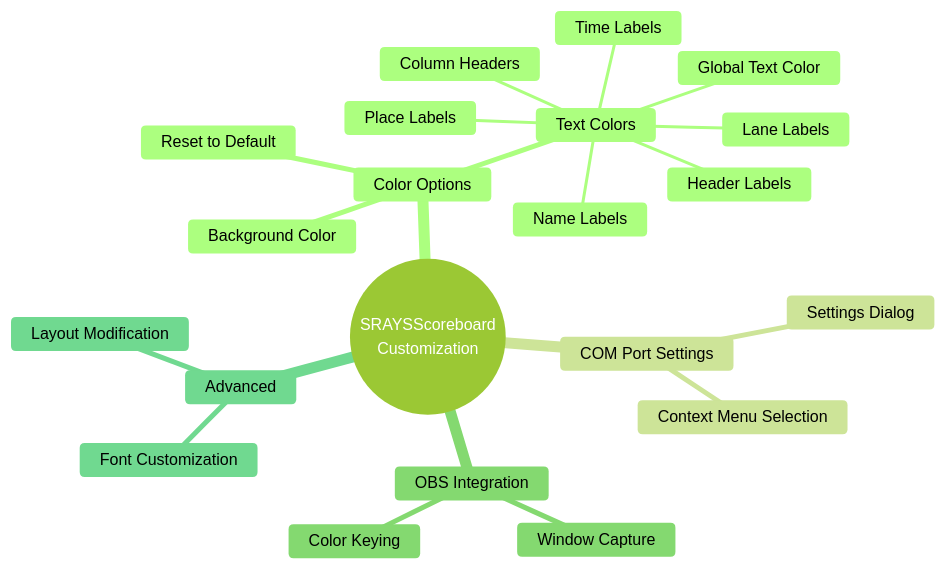
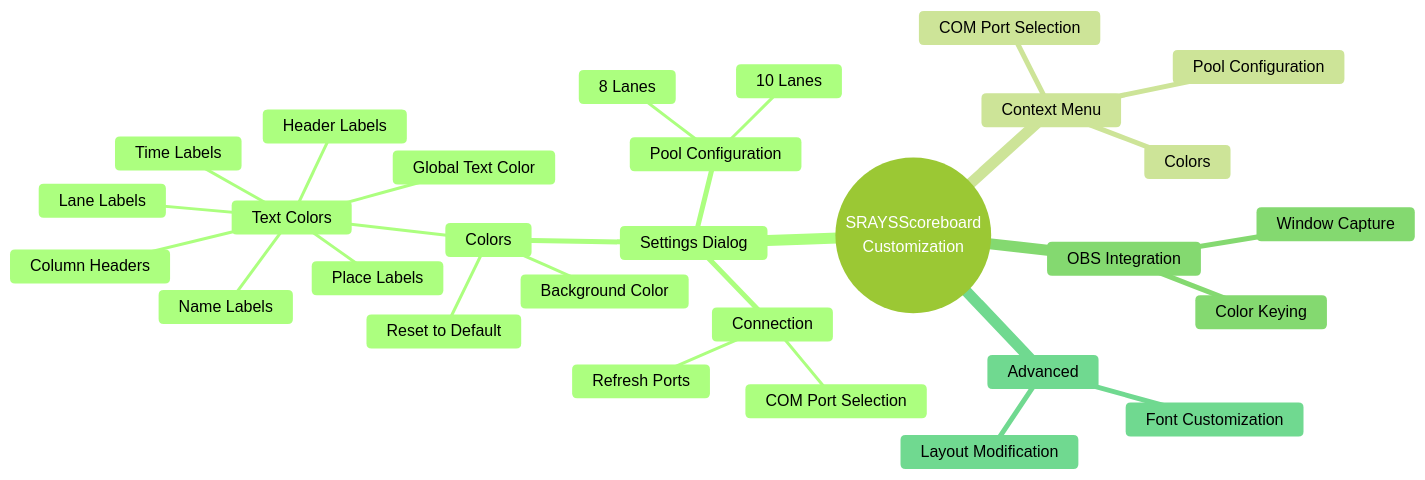
Before and after one commit to fvishram/SRAYSScoreboard: the first of 2 diagrams in docs/CUSTOMIZATION.md, drawn with Mermaid (forest theme). The commit also changed other lines of this file and 4 other files, not shown here.

Commit message:
Update documentation to reflect externalized settings UI and add detailed DB9 connector pin layout diagrams

````diff
--- a/docs/CUSTOMIZATION.md
+++ b/docs/CUSTOMIZATION.md
@@ -5,24 +5,32 @@
 ```mermaid
 mindmap
   root((SRAYSScoreboard<br>Customization))
-    Color Options
-      Background Color
-      Text Colors
-        Global Text Color
-        Header Labels
-        Column Headers
-        Name Labels
-        Time Labels
-        Place Labels
-        Lane Labels
-      Reset to Default
-    COM Port Settings
-      Context Menu Selection
-      Settings Dialog
+    Settings Dialog
+      Connection
+        COM Port Selection
+        Refresh Ports
+      Colors
+        Background Color
+        Text Colors
+          Global Text Color
+          Header Labels
+          Column Headers
+          Name Labels
+          Time Labels
+          Place Labels
+          Lane Labels
+        Reset to Default
+      Pool Configuration
+        8 Lanes
+        10 Lanes
+    Context Menu
+      COM Port Selection
+      Colors
+      Pool Configuration
     OBS Integration
       Window Capture
       Color Keying
     Advanced
       Font Customization
       Layout Modification
 ```
````
